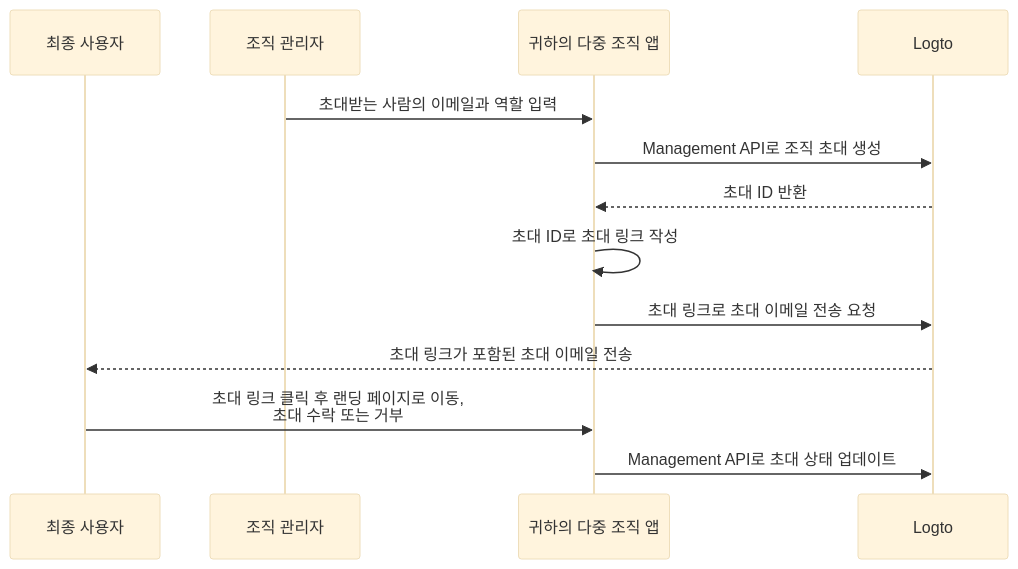
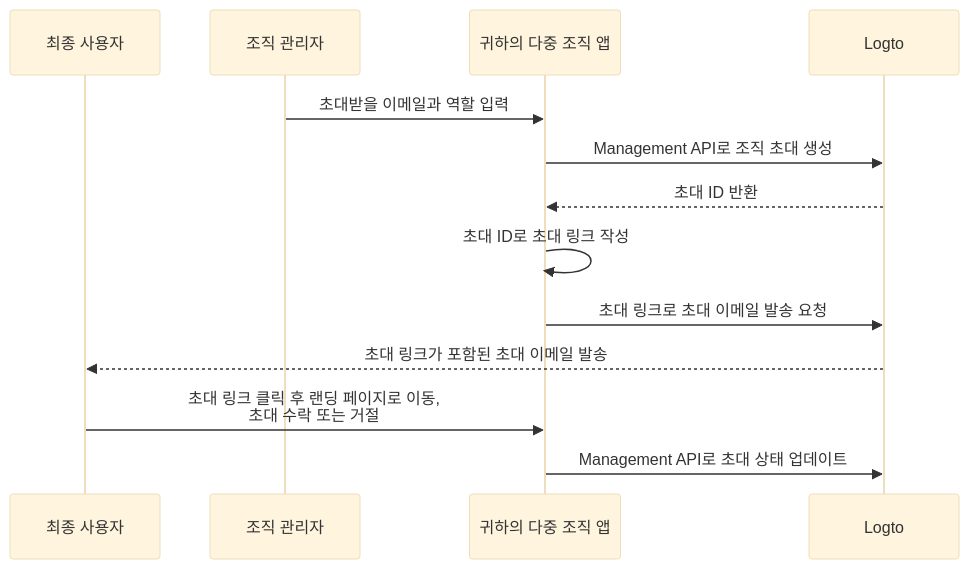
One commit to logto-io/docs changed the diagram in i18n/ko/docusaurus-plugin-content-docs/current/end-user-flows/organization-experience/invite-organization-members.mdx. Above: the diagram before and after it, drawn with Mermaid (base theme). The commit also changed other lines of this file and 407 other files, not shown here.

````diff
--- a/i18n/ko/docusaurus-plugin-content-docs/current/end-user-flows/organization-experience/invite-organization-members.mdx
+++ b/i18n/ko/docusaurus-plugin-content-docs/current/end-user-flows/organization-experience/invite-organization-members.mdx
@@ -13,16 +13,16 @@
 ```mermaid
 sequenceDiagram
 	Participant U as 최종 사용자
   Participant A as 조직 관리자
   Participant C as 귀하의 다중 조직 앱
 	Participant L as Logto
 
-  A ->> C: 초대받는 사람의 이메일과 역할 입력
+  A ->> C: 초대받을 이메일과 역할 입력
   C ->> L: Management API로 조직 초대 생성
   L -->> C: 초대 ID 반환
   C ->> C: 초대 ID로 초대 링크 작성
-  C ->> L: 초대 링크로 초대 이메일 전송 요청
-  L -->> U: 초대 링크가 포함된 초대 이메일 전송
-  U ->> C: 초대 링크 클릭 후 랜딩 페이지로 이동,<br /> 초대 수락 또는 거부
+  C ->> L: 초대 링크로 초대 이메일 발송 요청
+  L -->> U: 초대 링크가 포함된 초대 이메일 발송
+  U ->> C: 초대 링크 클릭 후 랜딩 페이지로 이동,<br /> 초대 수락 또는 거절
   C ->> L: Management API로 초대 상태 업데이트
 ```
````
